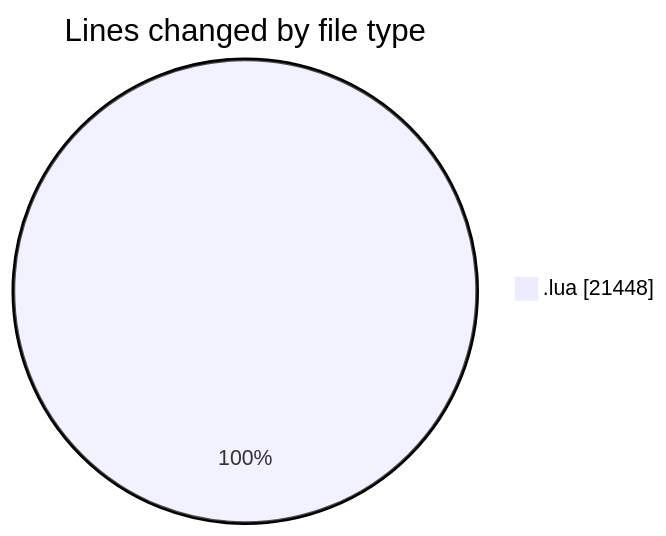
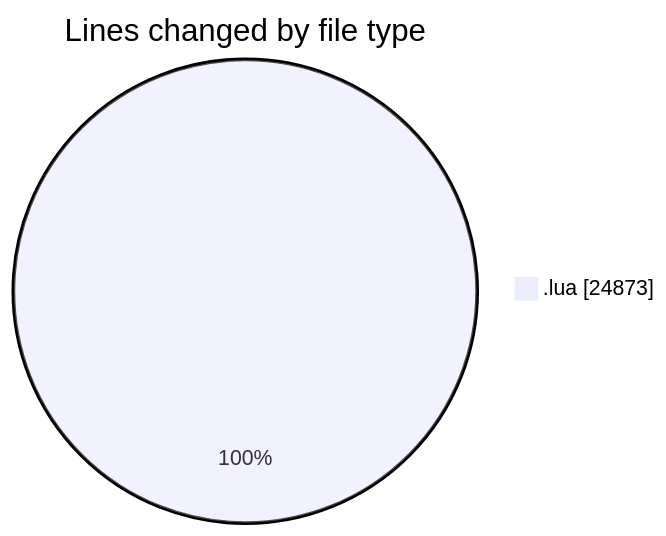
Before and after one commit to 3Nya3/code-tracking: the first of 2 diagrams in 2025-01-02/mods/README.md, drawn with Mermaid. The commit also changed other lines of this file and 1 other file, not shown here.

````diff
--- a/2025-01-02/mods/README.md
+++ b/2025-01-02/mods/README.md
@@ -21,5 +23,5 @@
 ```mermaid
 pie showData
 title Lines changed by file type
-".lua" : 21448
+".lua" : 24873
 ```
````
